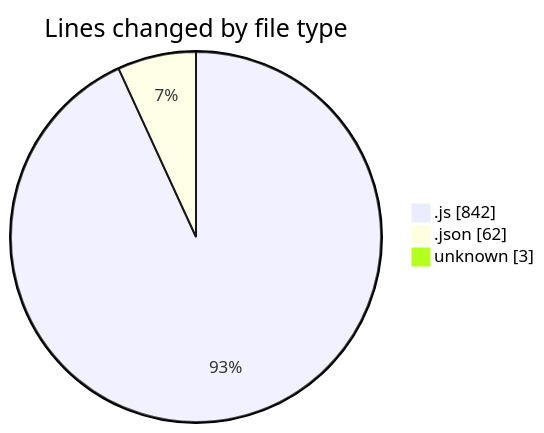
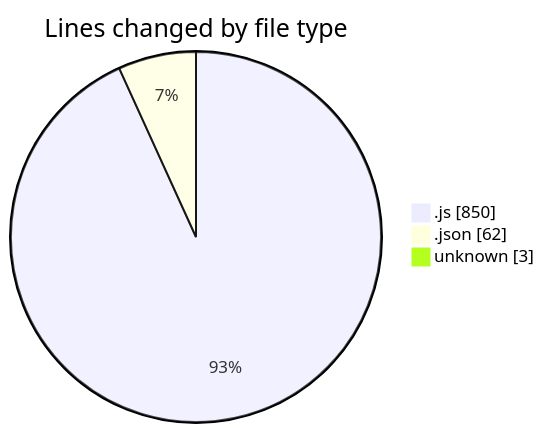
The first of 2 diagrams in 2025-07-02/mern-thinkboard/README.md (Ritupan-Deka/code-tracking), drawn with Mermaid before and after one commit. The commit also changed other lines of this file and 1 other file, not shown here.

````diff
--- a/2025-07-02/mern-thinkboard/README.md
+++ b/2025-07-02/mern-thinkboard/README.md
@@ -31,7 +31,7 @@
 ```mermaid
 pie showData
 title Lines changed by file type
-".js" : 842
+".js" : 850
 ".json" : 62
 "unknown" : 3
 ```
````
